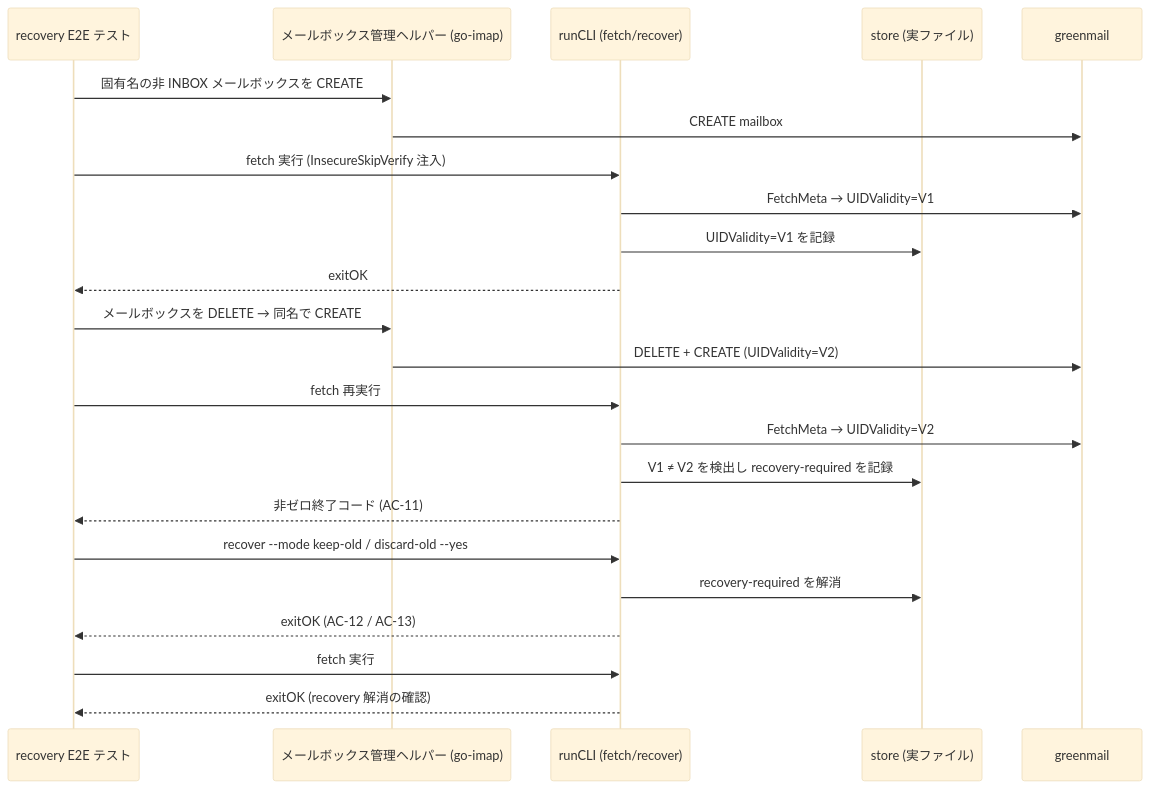
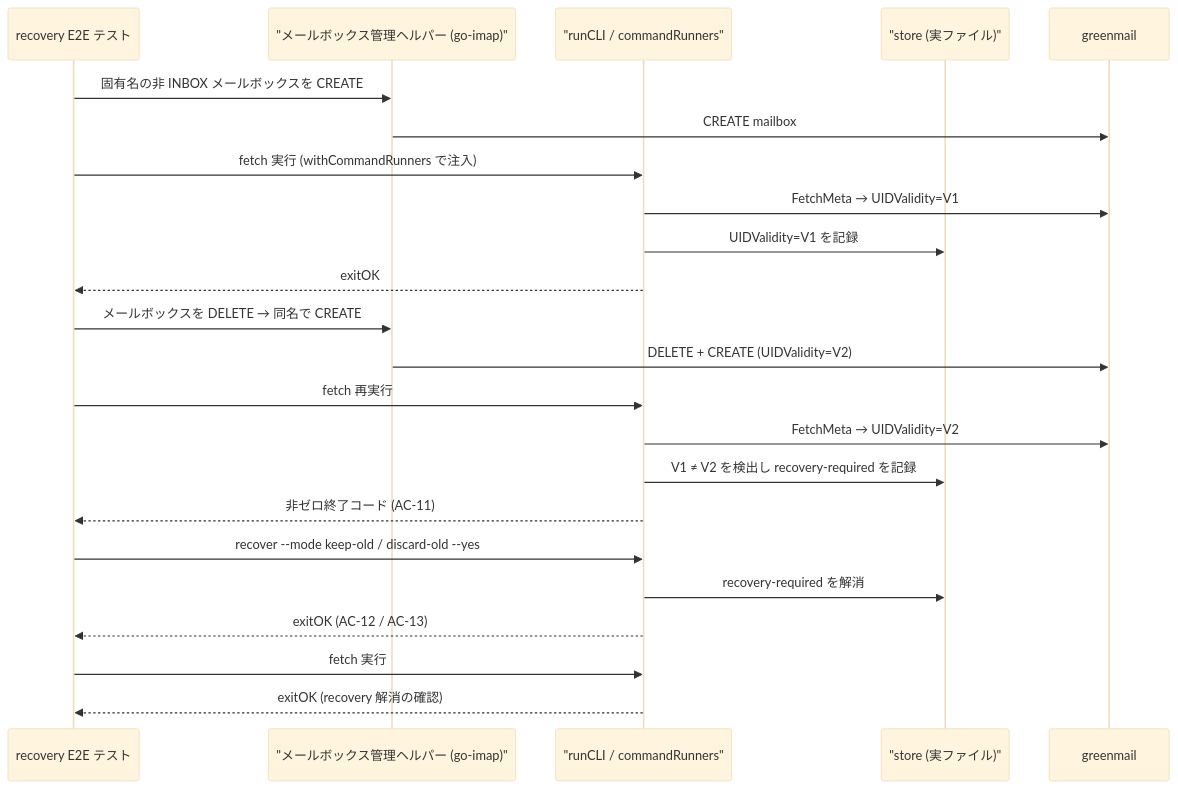
One commit to isseis/tlsrpt-digest changed diagram 11 of 14 in docs/tasks/0090_imap_integration/02_architecture.md. Above: the diagram before and after it, drawn with Mermaid (base theme). The commit also changed other lines of this file, not shown here.

First line of the commit message:
docs(task 0090): refine architecture doc based on review feedback

````diff
--- a/docs/tasks/0090_imap_integration/02_architecture.md
+++ b/docs/tasks/0090_imap_integration/02_architecture.md
@@ -362,26 +398,26 @@
 ```mermaid
 sequenceDiagram
     participant T as recovery E2E テスト
-    participant A as メールボックス管理ヘルパー (go-imap)
-    participant R as runCLI (fetch/recover)
-    participant ST as store (実ファイル)
+    participant A as "メールボックス管理ヘルパー (go-imap)"
+    participant R as "runCLI / commandRunners"
+    participant ST as "store (実ファイル)"
     participant GM as greenmail
 
     T->>A: 固有名の非 INBOX メールボックスを CREATE
     A->>GM: CREATE mailbox
-    T->>R: fetch 実行 (InsecureSkipVerify 注入)
+    T->>R: fetch 実行 (withCommandRunners で注入)
     R->>GM: FetchMeta → UIDValidity=V1
     R->>ST: UIDValidity=V1 を記録
     R-->>T: exitOK
     T->>A: メールボックスを DELETE → 同名で CREATE
     A->>GM: DELETE + CREATE (UIDValidity=V2)
     T->>R: fetch 再実行
     R->>GM: FetchMeta → UIDValidity=V2
     R->>ST: V1 ≠ V2 を検出し recovery-required を記録
     R-->>T: 非ゼロ終了コード (AC-11)
     T->>R: recover --mode keep-old / discard-old --yes
     R->>ST: recovery-required を解消
     R-->>T: exitOK (AC-12 / AC-13)
     T->>R: fetch 実行
     R-->>T: exitOK (recovery 解消の確認)
 ```
````
